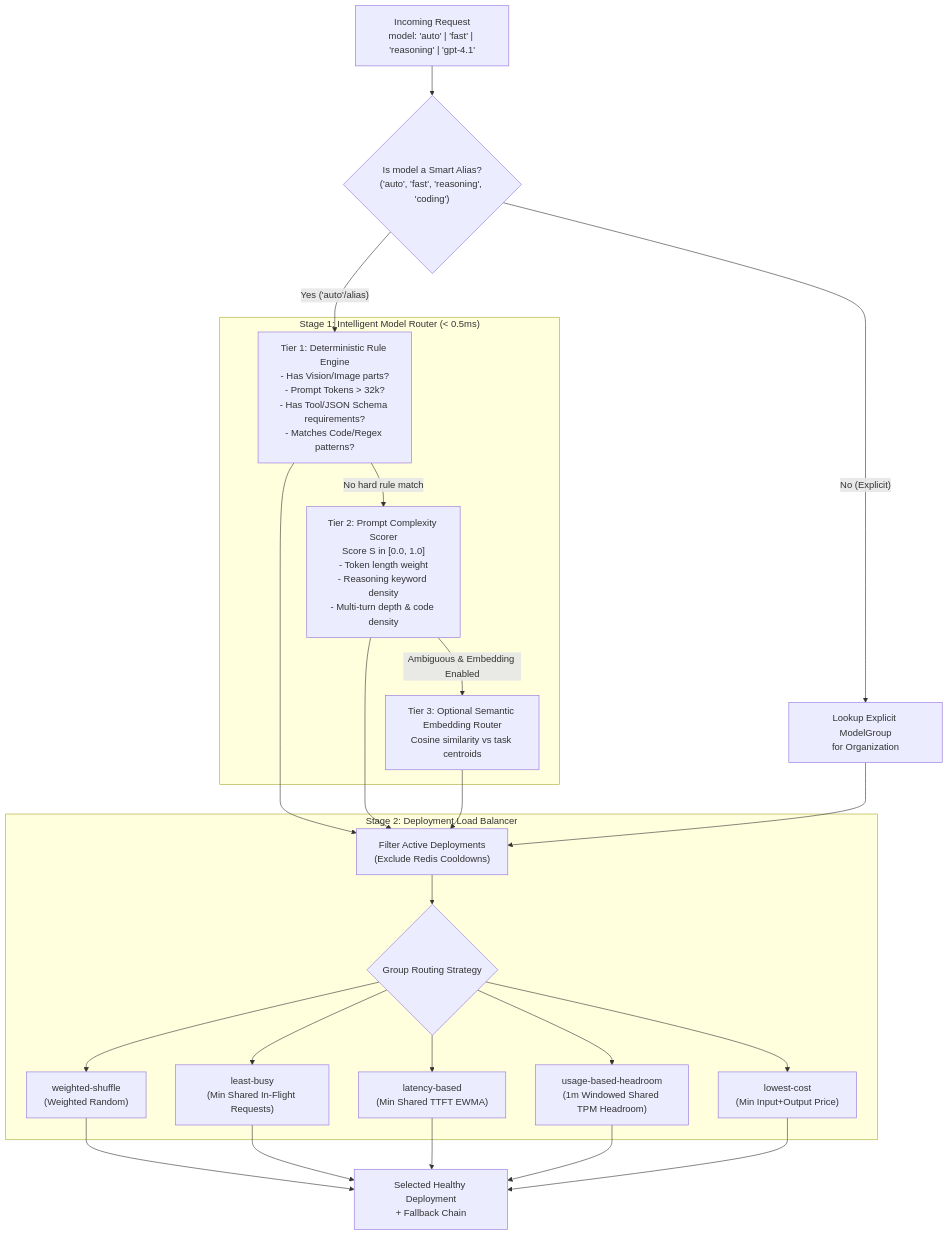
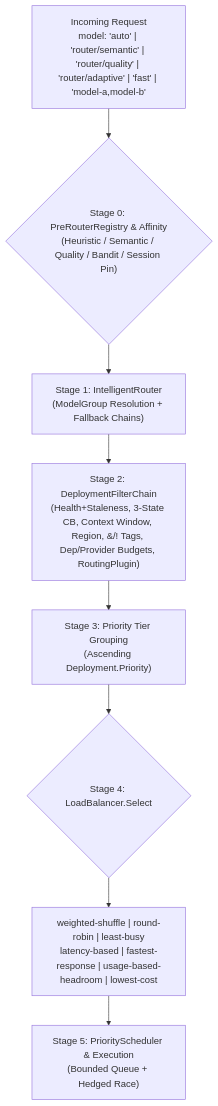
The third of 6 diagrams in docs/ARCHITECTURE.md (goroute-ai/ai-gateway-go), drawn with Mermaid before and after one commit. The commit also changed other lines of this file and 11 other files, not shown here.

````diff
--- a/docs/ARCHITECTURE.md
+++ b/docs/ARCHITECTURE.md
@@ -367,34 +369,13 @@
 ```mermaid
 flowchart TD
-    Req["Incoming Request\nmodel: 'auto' | 'fast' | 'reasoning' | 'gpt-4.1'"]
-    CheckAlias{"Is model a Smart Alias?\n('auto', 'fast', 'reasoning', 'coding')"}
-    ExplicitGroup["Lookup Explicit ModelGroup\nfor Organization"]
+    Req["Incoming Request\nmodel: 'auto' | 'router/semantic' | 'router/quality' | 'router/adaptive' | 'fast' | 'model-a,model-b'"]
+    PreRoute{"Stage 0: PreRouterRegistry & Affinity\n(Heuristic / Semantic / Quality / Bandit / Session Pin)"}
+    Resolve["Stage 1: IntelligentRouter\n(ModelGroup Resolution + Fallback Chains)"]
+    Filter["Stage 2: DeploymentFilterChain\n(Health+Staleness, 3-State CB, Context Window, Region, &/! Tags, Dep/Provider Budgets, RoutingPlugin)"]
+    Tier["Stage 3: Priority Tier Grouping\n(Ascending Deployment.Priority)"]
+    Strategy{"Stage 4: LoadBalancer.Select"}
+    Strategies["weighted-shuffle | round-robin | least-busy\nlatency-based | fastest-response | usage-based-headroom | lowest-cost"]
+    Sched["Stage 5: PriorityScheduler & Execution\n(Bounded Queue + Hedged Race)"]
 
-    subgraph Stage1["Stage 1: Intelligent Model Router (< 0.5ms)"]
-        RuleEngine["Tier 1: Deterministic Rule Engine\n- Has Vision/Image parts?\n- Prompt Tokens > 32k?\n- Has Tool/JSON Schema requirements?\n- Matches Code/Regex patterns?"]
-        Complexity["Tier 2: Prompt Complexity Scorer\nScore S in [0.0, 1.0]\n- Token length weight\n- Reasoning keyword density\n- Multi-turn depth & code density"]
-        EmbedRouter["Tier 3: Optional Semantic Embedding Router\nCosine similarity vs task centroids"]
-    end
-
-    subgraph Stage2["Stage 2: Deployment Load Balancer"]
-        FilterHealthy["Filter Active Deployments\n(Exclude Redis Cooldowns)"]
-        Strategy{"Group Routing Strategy"}
-        Weighted["weighted-shuffle\n(Weighted Random)"]
-        LeastBusy["least-busy\n(Min Shared In-Flight Requests)"]
-        Latency["latency-based\n(Min Shared TTFT EWMA)"]
-        Headroom["usage-based-headroom\n(1m Windowed Shared TPM Headroom)"]
-        LowestCost["lowest-cost\n(Min Input+Output Price)"]
-    end
-
-    Selected["Selected Healthy Deployment\n+ Fallback Chain"]
-
-    Req --> CheckAlias
-    CheckAlias -->|"No (Explicit)"| ExplicitGroup
-    CheckAlias -->|"Yes ('auto'/alias)"| RuleEngine
-    RuleEngine -->|"No hard rule match"| Complexity
-    Complexity -->|"Ambiguous & Embedding Enabled"| EmbedRouter
-    RuleEngine & Complexity & EmbedRouter & ExplicitGroup --> FilterHealthy
-    FilterHealthy --> Strategy
-    Strategy --> Weighted & LeastBusy & Latency & Headroom & LowestCost
-    Weighted & LeastBusy & Latency & Headroom & LowestCost --> Selected
+    Req --> PreRoute --> Resolve --> Filter --> Tier --> Strategy --> Strategies --> Sched
 ```
````
